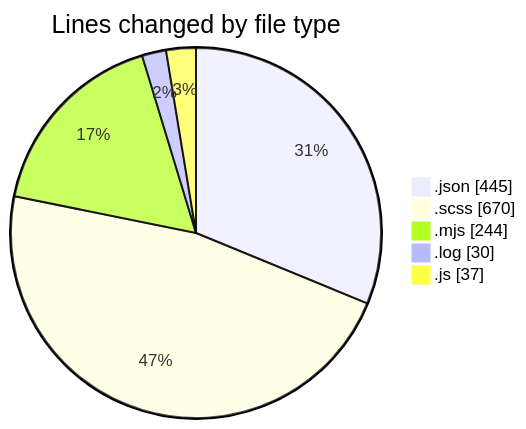
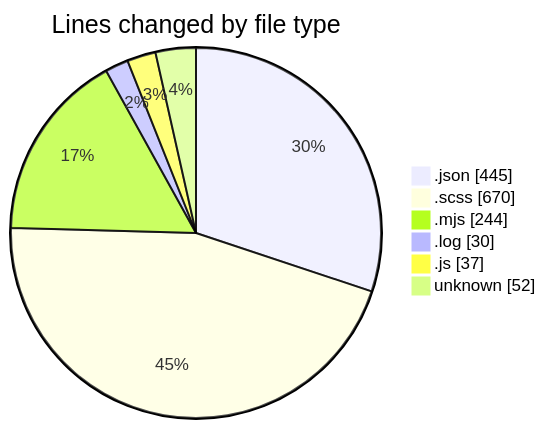
One commit to momahboobian/code-tracking changed the first of 2 diagrams in 2026-08-12/cda/README.md. Above: the diagram before and after it, drawn with Mermaid. The commit also changed other lines of this file and 1 other file, not shown here.

````diff
--- a/2026-08-12/cda/README.md
+++ b/2026-08-12/cda/README.md
@@ -34,9 +35,10 @@
 ```mermaid
 pie showData
 title Lines changed by file type
 ".json" : 445
 ".scss" : 670
 ".mjs" : 244
 ".log" : 30
 ".js" : 37
+"unknown" : 52
 ```
````
